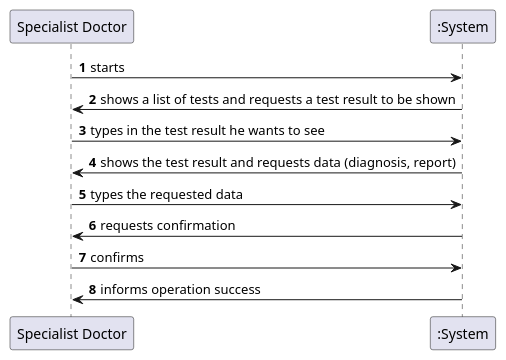
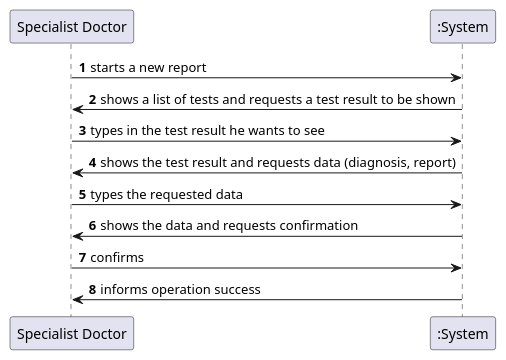
The diagram in docs/SprintC/US14/US14_SSD.puml (MadDinosaur/ISEP-LAPR2), drawn with PlantUML before and after one commit. The commit also changed 3 other files, not shown here.

```diff
--- a/docs/SprintC/US14/US14_SSD.puml
+++ b/docs/SprintC/US14/US14_SSD.puml
@@ -1,13 +1,13 @@
 @startuml
 
 autonumber
 
-"Specialist Doctor" -> ":System": starts
+"Specialist Doctor" -> ":System": starts a new report
 ":System" -> "Specialist Doctor": shows a list of tests and requests a test result to be shown
 "Specialist Doctor" -> ":System": types in the test result he wants to see
 ":System" -> "Specialist Doctor": shows the test result and requests data (diagnosis, report)
 "Specialist Doctor" -> ":System": types the requested data
-":System" -> "Specialist Doctor": requests confirmation
+":System" -> "Specialist Doctor": shows the data and requests confirmation
 "Specialist Doctor" -> ":System": confirms
 ":System" -> "Specialist Doctor": informs operation success
 @enduml
```
